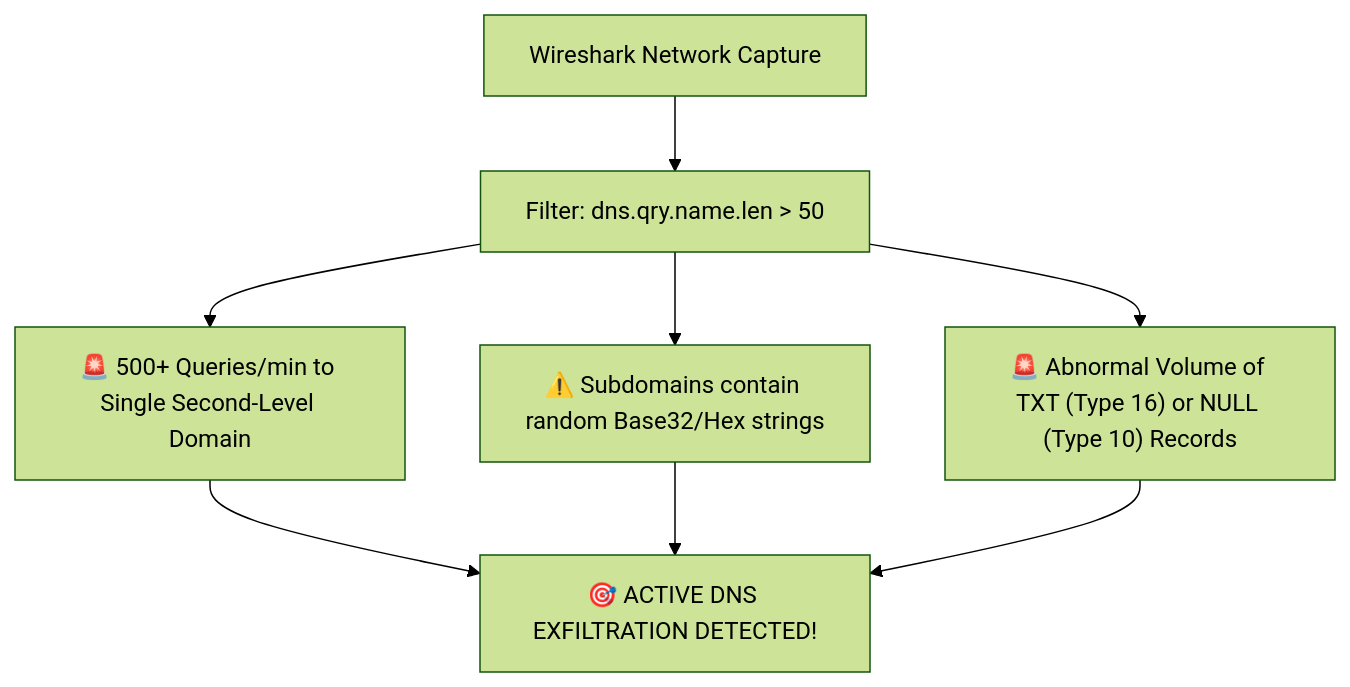
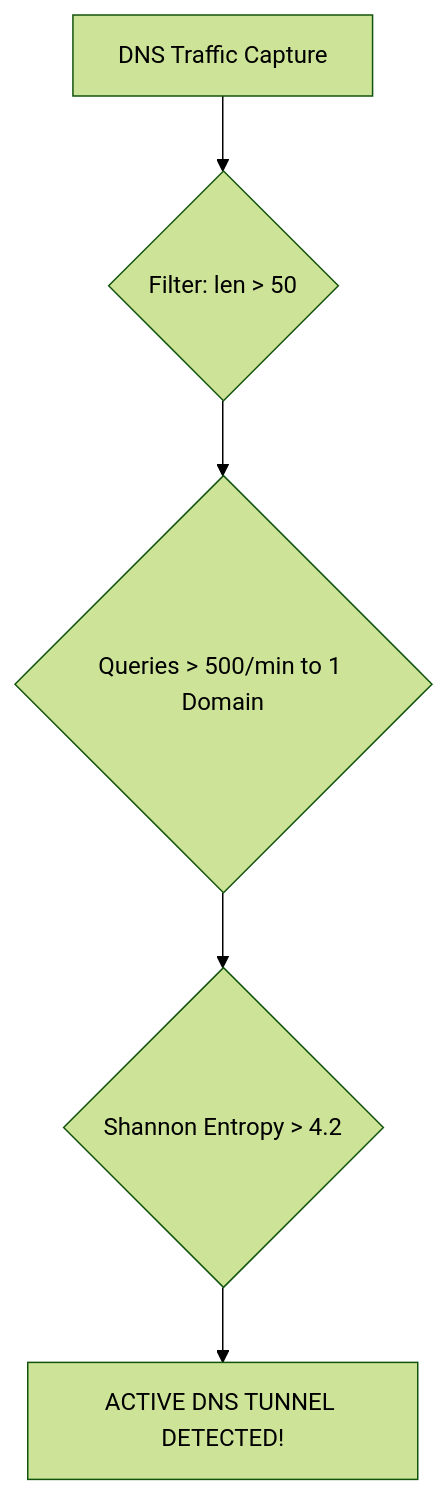
Before and after one commit to DaddyZyn/Cyber-security-notes: the second of 2 diagrams in topics/12-dns-tunneling-covert-channels-and-exfiltration/README.md, drawn with Mermaid (forest theme). The commit also changed other lines of this file and 19 other files, not shown here.

Commit message:
fix: overhaul all Mermaid diagrams with clean vertical layouts and short line-wrapping to prevent GitHub clipping

````diff
--- a/topics/12-dns-tunneling-covert-channels-and-exfiltration/README.md
+++ b/topics/12-dns-tunneling-covert-channels-and-exfiltration/README.md
@@ -83,8 +78,7 @@
 ```mermaid
 flowchart TD
-    Capture["Wireshark Network Capture"] --> Filter["Filter: dns.qry.name.len > 50"]
-    Filter --> HighRate["🚨 500+ Queries/min to Single Second-Level Domain"]
-    Filter --> Entropy["⚠️ Subdomains contain random Base32/Hex strings"]
-    Filter --> RecordType["🚨 Abnormal Volume of TXT (Type 16) or NULL (Type 10) Records"]
-    HighRate & Entropy & RecordType --> Alert["🎯 ACTIVE DNS EXFILTRATION DETECTED!"]
+    Cap["DNS Traffic Capture"] --> F1{"Filter: len > 50"}
+    F1 --> F2{"Queries > 500/min to 1 Domain"}
+    F2 --> F3{"Shannon Entropy > 4.2"}
+    F3 --> Alert["ACTIVE DNS TUNNEL DETECTED!"]
 ```
````
